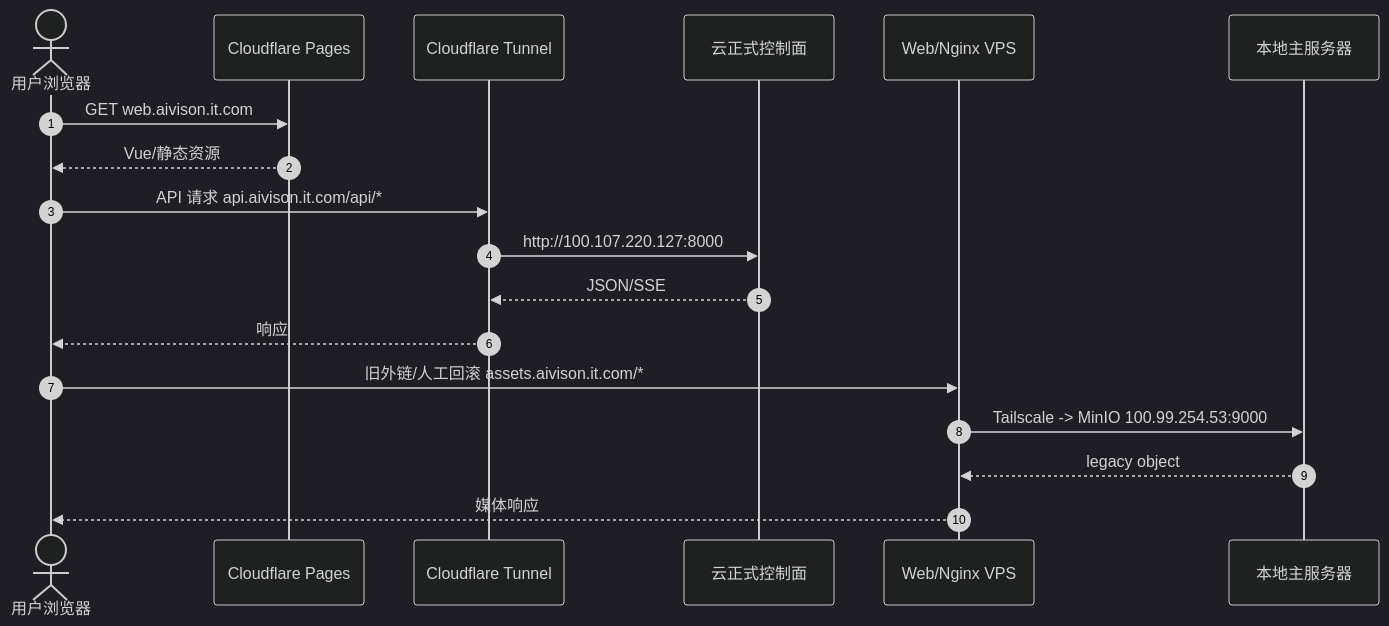
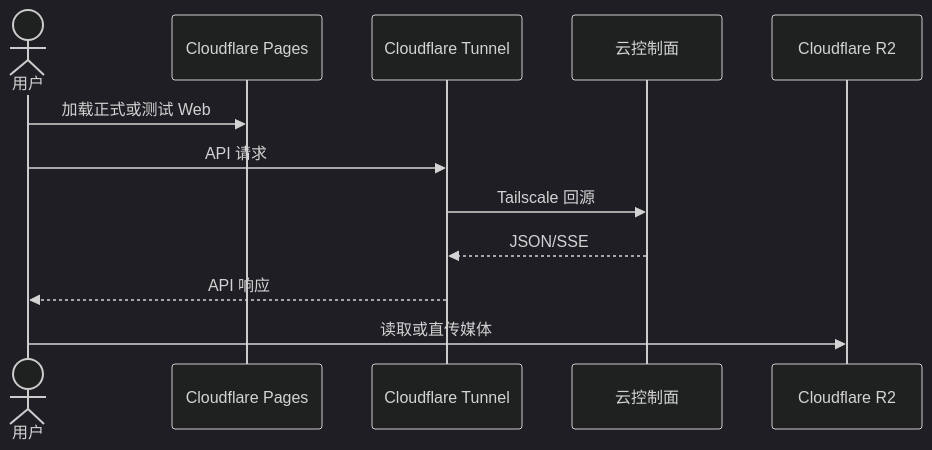
Before and after one commit to giraffu/All_bot: the diagram in docs/子模块_网络暴露与代理穿透_network_proxy.md, drawn with Mermaid (dark theme). The commit also changed other lines of this file and 76 other files, not shown here.

Commit message:
retire web VPS and legacy media fallback

````diff
--- a/docs/子模块_网络暴露与代理穿透_network_proxy.md
+++ b/docs/子模块_网络暴露与代理穿透_network_proxy.md
@@ -28,22 +24,15 @@
 ```mermaid
 sequenceDiagram
-    autonumber
-    actor User as 用户浏览器
+    actor User as 用户
     participant Pages as Cloudflare Pages
     participant Tunnel as Cloudflare Tunnel
-    participant Cloud as 云正式控制面
-    participant VPS as Web/Nginx VPS
-    participant Local as 本地主服务器
+    participant Cloud as 云控制面
+    participant R2 as Cloudflare R2
 
-    User->>Pages: GET web.aivison.it.com
-    Pages-->>User: Vue/静态资源
-    User->>Tunnel: API 请求 api.aivison.it.com/api/*
-    Tunnel->>Cloud: http://100.107.220.127:8000
+    User->>Pages: 加载正式或测试 Web
+    User->>Tunnel: API 请求
+    Tunnel->>Cloud: Tailscale 回源
     Cloud-->>Tunnel: JSON/SSE
-    Tunnel-->>User: 响应
-
-    User->>VPS: 旧外链/人工回滚 assets.aivison.it.com/*
-    VPS->>Local: Tailscale -> MinIO 100.99.254.53:9000
-    Local-->>VPS: legacy object
-    VPS-->>User: 媒体响应
+    Tunnel-->>User: API 响应
+    User->>R2: 读取或直传媒体
 ```
````
